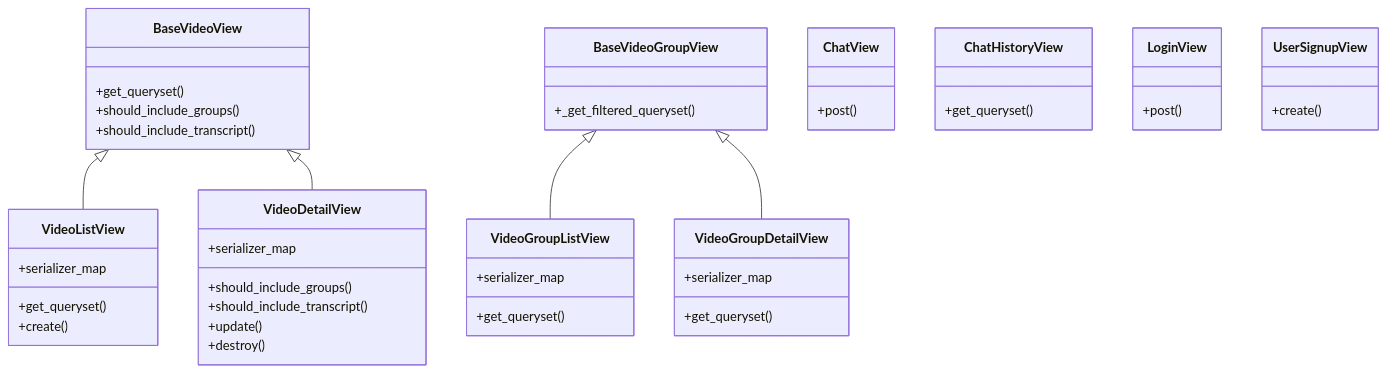
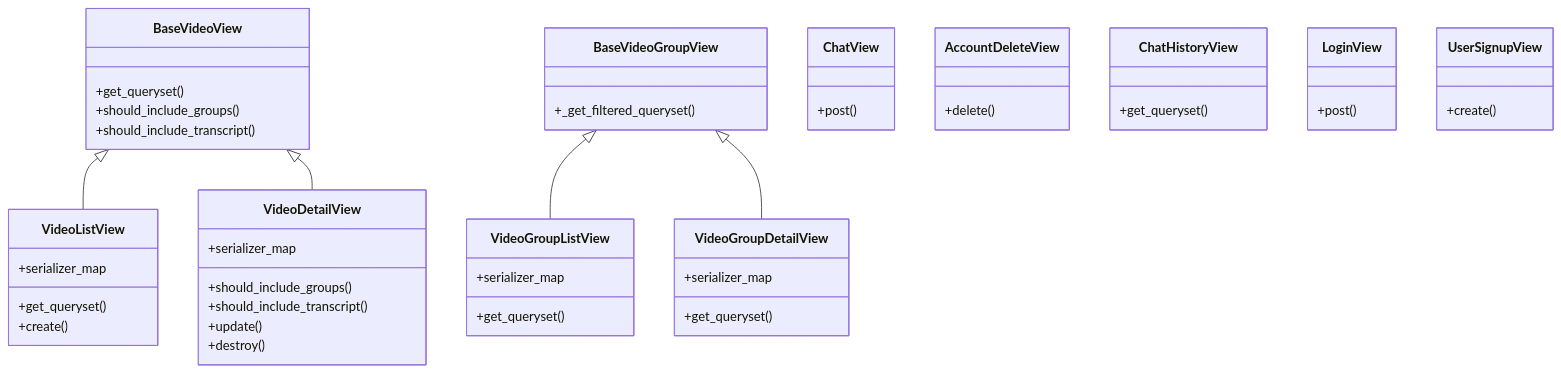
One commit to yukiharada1228/videoq changed the third of 3 diagrams in docs/design/class-diagram.md. Above: the diagram before and after it, drawn with Mermaid. The commit also changed other lines of this file and 13 other files, not shown here.

Commit message:
docs: update diagrams for account deactivation

````diff
--- a/docs/design/class-diagram.md
+++ b/docs/design/class-diagram.md
@@ -273,57 +286,61 @@
 ```mermaid
 classDiagram
     class BaseVideoView {
         +get_queryset()
         +should_include_groups()
         +should_include_transcript()
     }
     
     class VideoListView {
         +serializer_map
         +get_queryset()
         +create()
     }
     
     class VideoDetailView {
         +serializer_map
         +should_include_groups()
         +should_include_transcript()
         +update()
         +destroy()
     }
     
     class BaseVideoGroupView {
         +_get_filtered_queryset()
     }
     
     class VideoGroupListView {
         +serializer_map
         +get_queryset()
     }
     
     class VideoGroupDetailView {
         +serializer_map
         +get_queryset()
     }
     
     class ChatView {
         +post()
     }
     
+    class AccountDeleteView {
+        +delete()
+    }
+    
     class ChatHistoryView {
         +get_queryset()
     }
     
     class LoginView {
         +post()
     }
     
     class UserSignupView {
         +create()
     }
     
     BaseVideoView <|-- VideoListView
     BaseVideoView <|-- VideoDetailView
     BaseVideoGroupView <|-- VideoGroupListView
     BaseVideoGroupView <|-- VideoGroupDetailView
 ```
````
